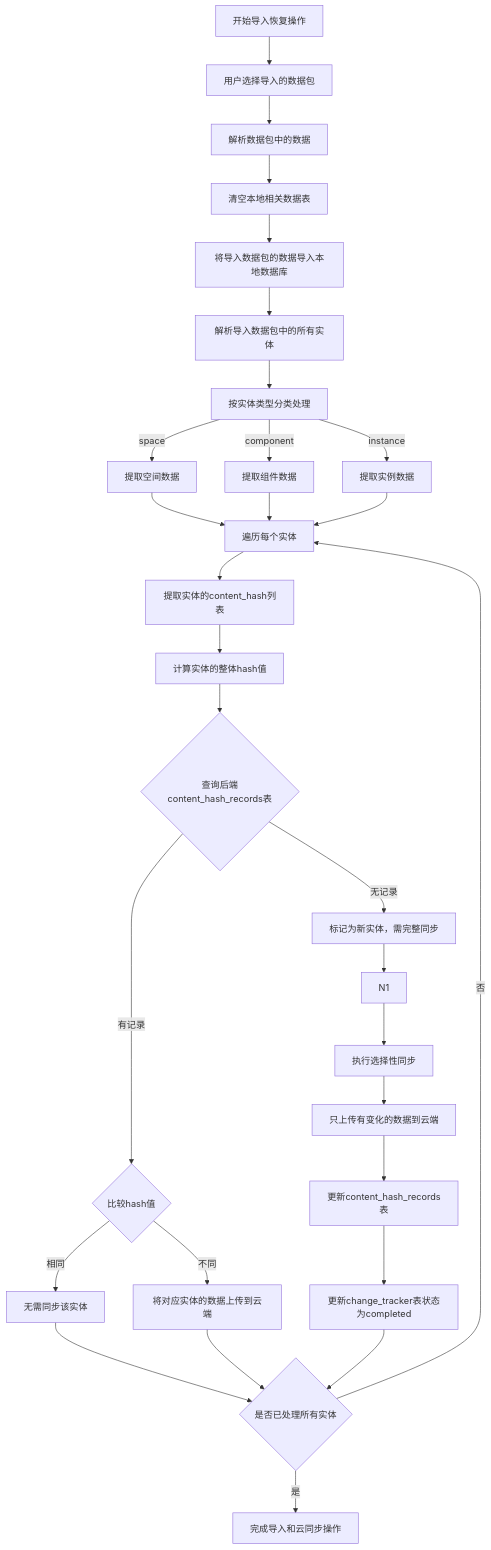
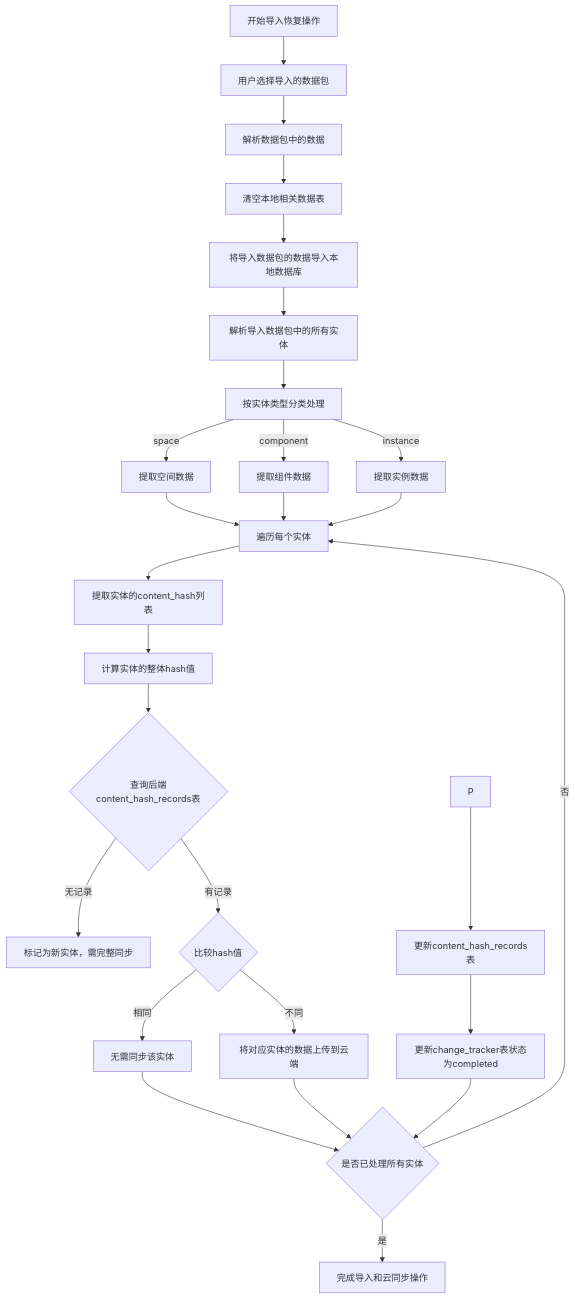
Before and after one commit to yingjianzh/iodraw-files: the diagram in all/未命名-44.md, drawn with Mermaid.

Commit message:
2025-04-27 11:38:40 update

````diff
--- a/all/未命名-44.md
+++ b/all/未命名-44.md
@@ -1,44 +1,38 @@
 ```mermaid
 flowchart TD
     A[开始导入恢复操作] --> B[用户选择导入的数据包]
     B --> C[解析数据包中的数据]
     
     C --> D[清空本地相关数据表]
     D --> E[将导入数据包的数据导入本地数据库]
     
     E --> F[解析导入数据包中的所有实体]
     F --> G[按实体类型分类处理]
     
     G -->|space| H1[提取空间数据]
     G -->|component| H2[提取组件数据]
     G -->|instance| H3[提取实例数据]
     
     H1 --> I[遍历每个实体]
     H2 --> I
     H3 --> I
     
     I --> J[提取实体的content_hash列表]
     J --> K[计算实体的整体hash值]
     
     K --> L{查询后端content_hash_records表}
     L -->|无记录| M1[标记为新实体，需完整同步]
     L -->|有记录| M2{比较hash值}
     
     M2 -->|相同| M3[无需同步该实体]
     M2 -->|不同| M4[将对应实体的数据上传到云端]
     
-  
-    M1 --> N1
-    
-    N1 --> O[执行选择性同步]
-    O --> P[只上传有变化的数据到云端]
-    
     P --> Q[更新content_hash_records表]
     Q --> R[更新change_tracker表状态为completed]
     M3 --> S{是否已处理所有实体}
     M4 --> S{是否已处理所有实体}
     R --> S
     
     S -->|否| I
     S -->|是| T[完成导入和云同步操作]
 ```
````
